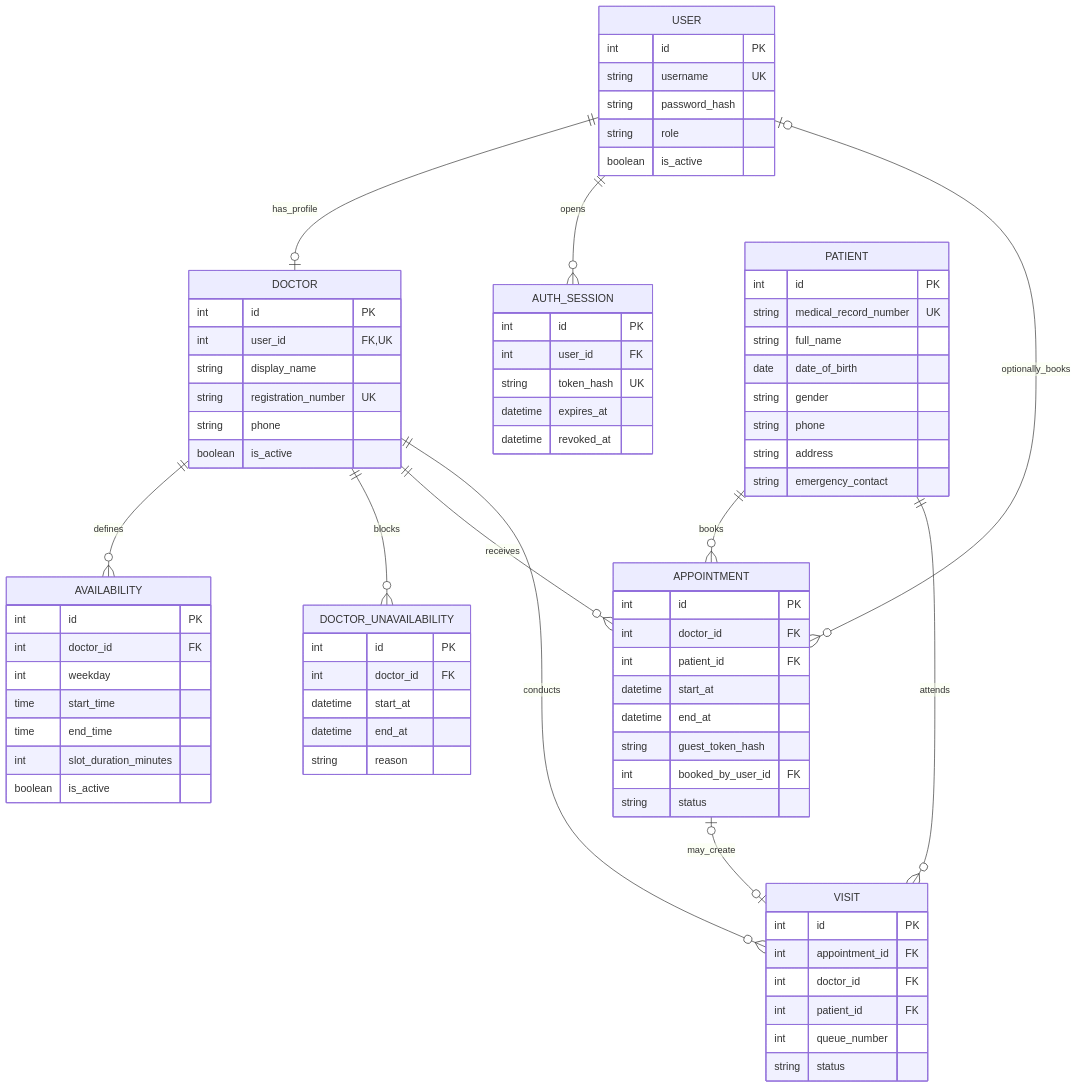
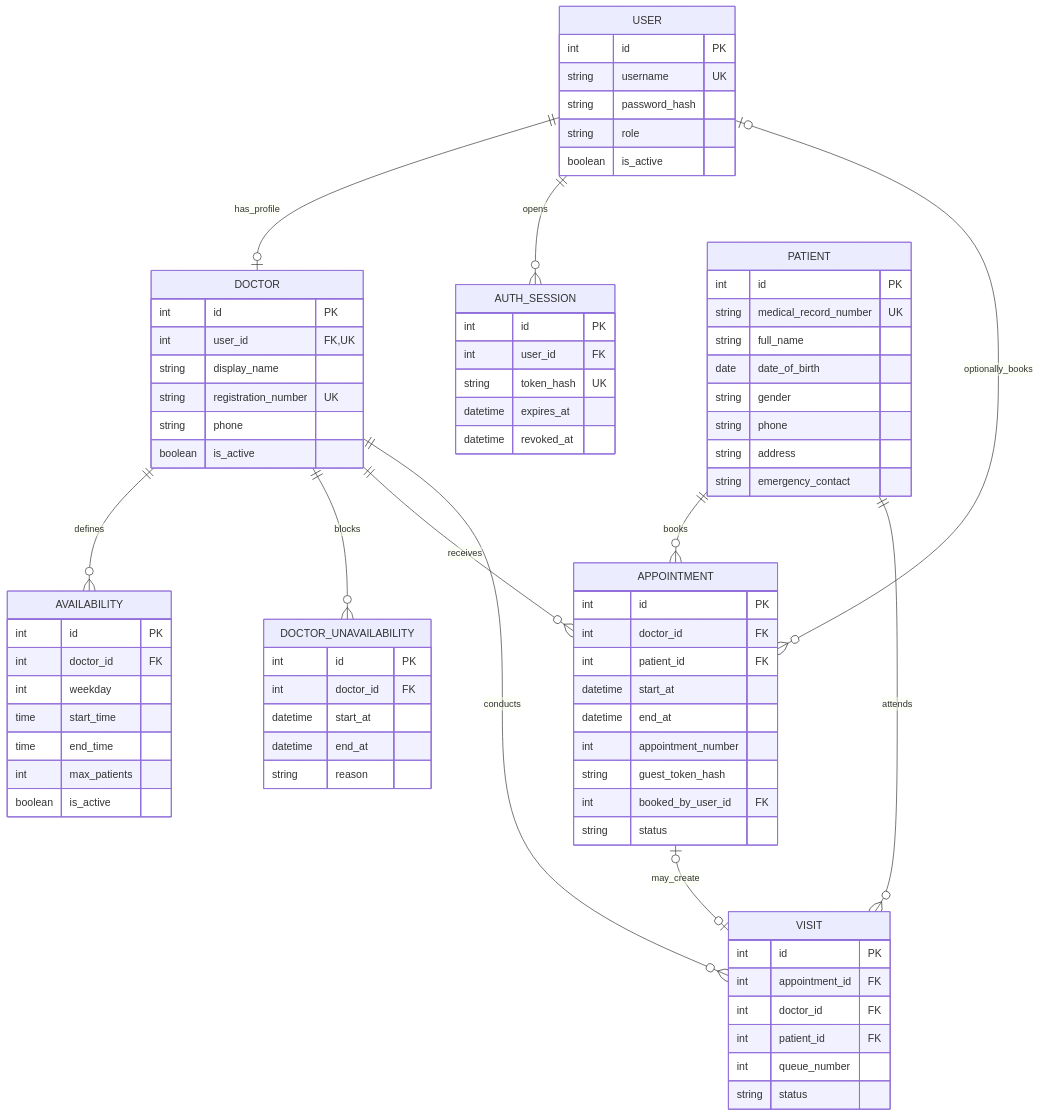
The diagram in medical-clinic-erd.mmd (vidurukalpana/medical-clinic-management-web-app), drawn with Mermaid before and after one commit. The commit also changed 34 other files, not shown here.

```diff
--- a/medical-clinic-erd.mmd
+++ b/medical-clinic-erd.mmd
@@ -1,85 +1,86 @@
 erDiagram
     USER ||--o| DOCTOR : has_profile
     USER ||--o{ AUTH_SESSION : opens
     USER o|--o{ APPOINTMENT : optionally_books
     DOCTOR ||--o{ AVAILABILITY : defines
     DOCTOR ||--o{ DOCTOR_UNAVAILABILITY : blocks
     DOCTOR ||--o{ APPOINTMENT : receives
     PATIENT ||--o{ APPOINTMENT : books
     APPOINTMENT o|--o| VISIT : may_create
     DOCTOR ||--o{ VISIT : conducts
     PATIENT ||--o{ VISIT : attends
 
     USER {
         int id PK
         string username UK
         string password_hash
         string role
         boolean is_active
     }
 
     AUTH_SESSION {
         int id PK
         int user_id FK
         string token_hash UK
         datetime expires_at
         datetime revoked_at
     }
 
     DOCTOR {
         int id PK
         int user_id FK, UK
         string display_name
         string registration_number UK
         string phone
         boolean is_active
     }
 
     PATIENT {
         int id PK
         string medical_record_number UK
         string full_name
         date date_of_birth
         string gender
         string phone
         string address
         string emergency_contact
     }
 
     AVAILABILITY {
         int id PK
         int doctor_id FK
         int weekday
         time start_time
         time end_time
-        int slot_duration_minutes
+        int max_patients
         boolean is_active
     }
 
     DOCTOR_UNAVAILABILITY {
         int id PK
         int doctor_id FK
         datetime start_at
         datetime end_at
         string reason
     }
 
     APPOINTMENT {
         int id PK
         int doctor_id FK
         int patient_id FK
         datetime start_at
         datetime end_at
+        int appointment_number
         string guest_token_hash
         int booked_by_user_id FK
         string status
     }
 
     VISIT {
         int id PK
         int appointment_id FK
         int doctor_id FK
         int patient_id FK
         int queue_number
         string status
     }
```
